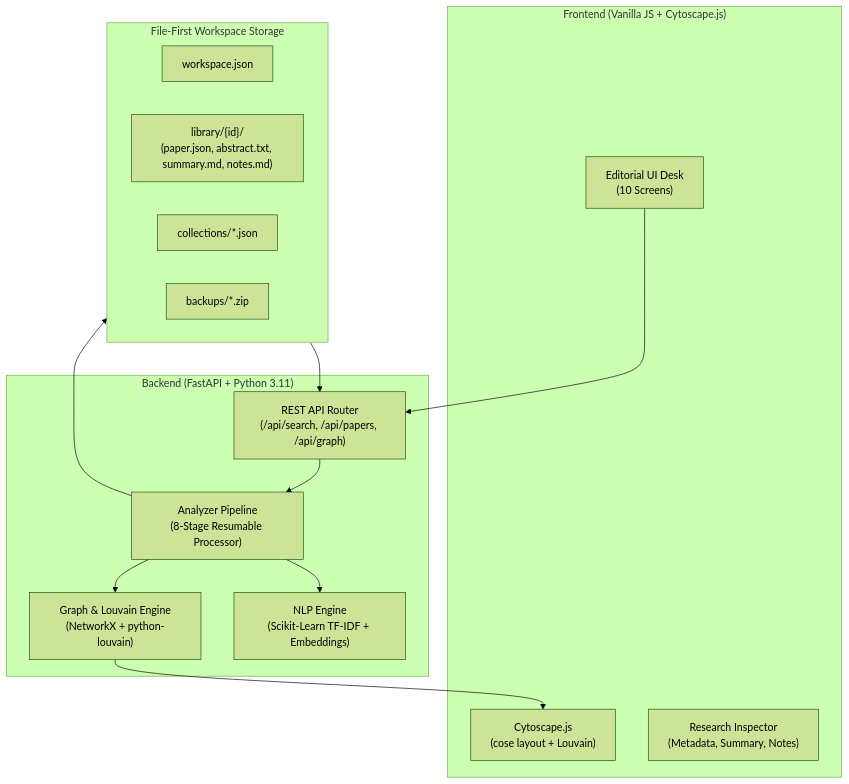
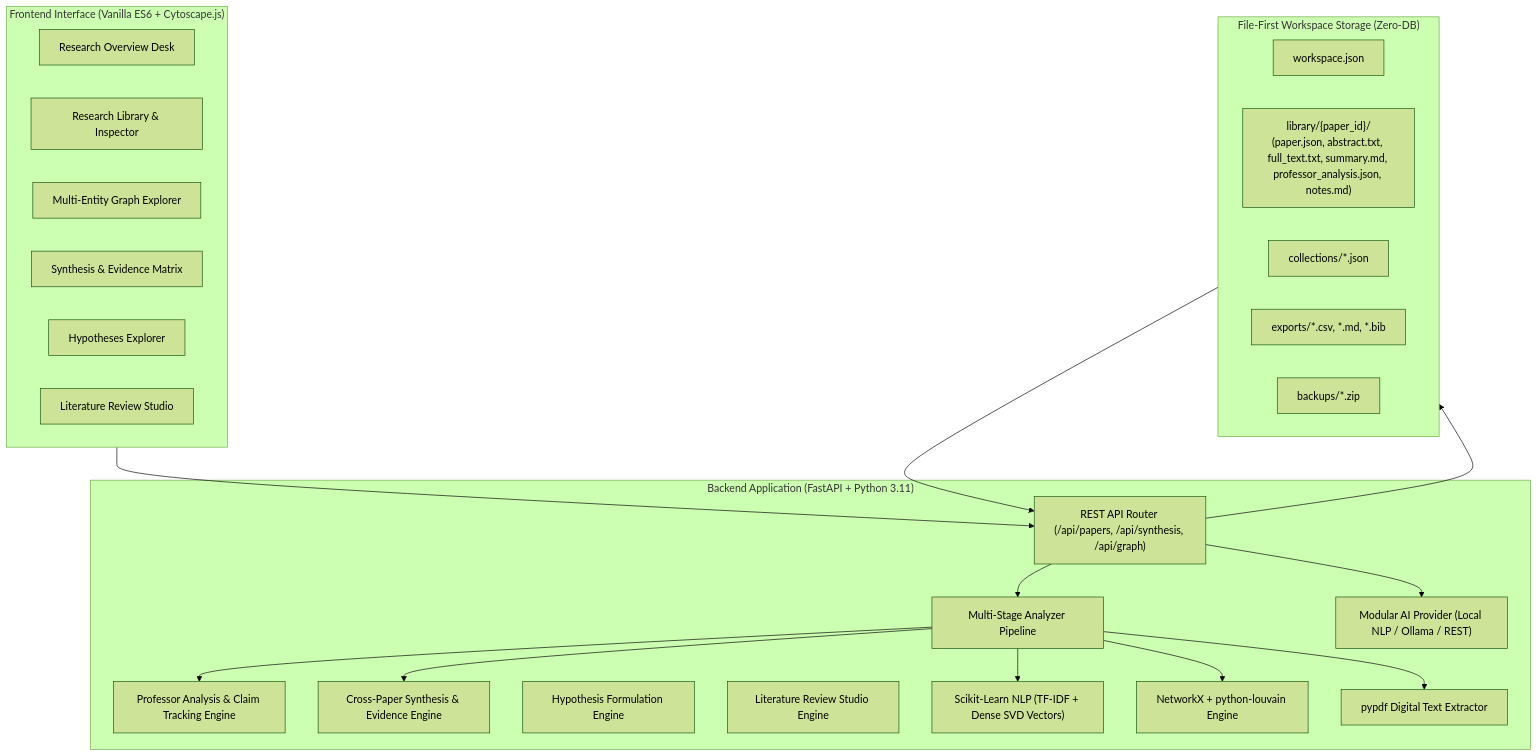
Before and after one commit to Chauhan-legacy/Papergraph: the diagram in README.md, drawn with Mermaid (forest theme). The commit also changed other lines of this file and 16 other files, not shown here.

````diff
--- a/README.md
+++ b/README.md
@@ -392,30 +299,43 @@
 ```mermaid
 flowchart TD
-    subgraph Browser ["Frontend (Vanilla JS + Cytoscape.js)"]
-        UI["Editorial UI Desk<br>(10 Screens)"]
-        GraphUI["Cytoscape.js<br>(cose layout + Louvain)"]
-        Inspector["Research Inspector<br>(Metadata, Summary, Notes)"]
+    subgraph Client ["Frontend Interface (Vanilla ES6 + Cytoscape.js)"]
+        Desk["Research Overview Desk"]
+        Lib["Research Library & Inspector"]
+        GraphUI["Multi-Entity Graph Explorer"]
+        SynthUI["Synthesis & Evidence Matrix"]
+        HypoUI["Hypotheses Explorer"]
+        RevUI["Literature Review Studio"]
     end
 
-    subgraph Backend ["Backend (FastAPI + Python 3.11)"]
-        API["REST API Router<br>(/api/search, /api/papers, /api/graph)"]
-        Pipeline["Analyzer Pipeline<br>(8-Stage Resumable Processor)"]
-        NLP["NLP Engine<br>(Scikit-Learn TF-IDF + Embeddings)"]
-        NetworkEngine["Graph & Louvain Engine<br>(NetworkX + python-louvain)"]
+    subgraph Server ["Backend Application (FastAPI + Python 3.11)"]
+        API["REST API Router (/api/papers, /api/synthesis, /api/graph)"]
+        Pipeline["Multi-Stage Analyzer Pipeline"]
+        ProfService["Professor Analysis & Claim Tracking Engine"]
+        SynthService["Cross-Paper Synthesis & Evidence Engine"]
+        HypoService["Hypothesis Formulation Engine"]
+        ReviewService["Literature Review Studio Engine"]
+        NLP["Scikit-Learn NLP (TF-IDF + Dense SVD Vectors)"]
+        GraphEngine["NetworkX + python-louvain Engine"]
+        PDFEngine["pypdf Digital Text Extractor"]
+        AIProvider["Modular AI Provider (Local NLP / Ollama / REST)"]
     end
 
-    subgraph Storage ["File-First Workspace Storage"]
+    subgraph Storage ["File-First Workspace Storage (Zero-DB)"]
         WFile["workspace.json"]
-        LibDir["library/{id}/<br>(paper.json, abstract.txt, summary.md, notes.md)"]
+        LibDir["library/{paper_id}/<br>(paper.json, abstract.txt, full_text.txt, summary.md, professor_analysis.json, notes.md)"]
         ColDir["collections/*.json"]
-        Backups["backups/*.zip"]
+        ExpDir["exports/*.csv, *.md, *.bib"]
+        BakDir["backups/*.zip"]
     end
 
-    UI --> API
+    Client --> API
     API --> Pipeline
+    Pipeline --> ProfService
+    Pipeline --> SynthService
     Pipeline --> NLP
-    Pipeline --> NetworkEngine
-    Pipeline --> Storage
-    NetworkEngine --> GraphUI
+    Pipeline --> PDFEngine
+    Pipeline --> GraphEngine
+    API --> AIProvider
+    API --> Storage
     Storage --> API
 ```
````
